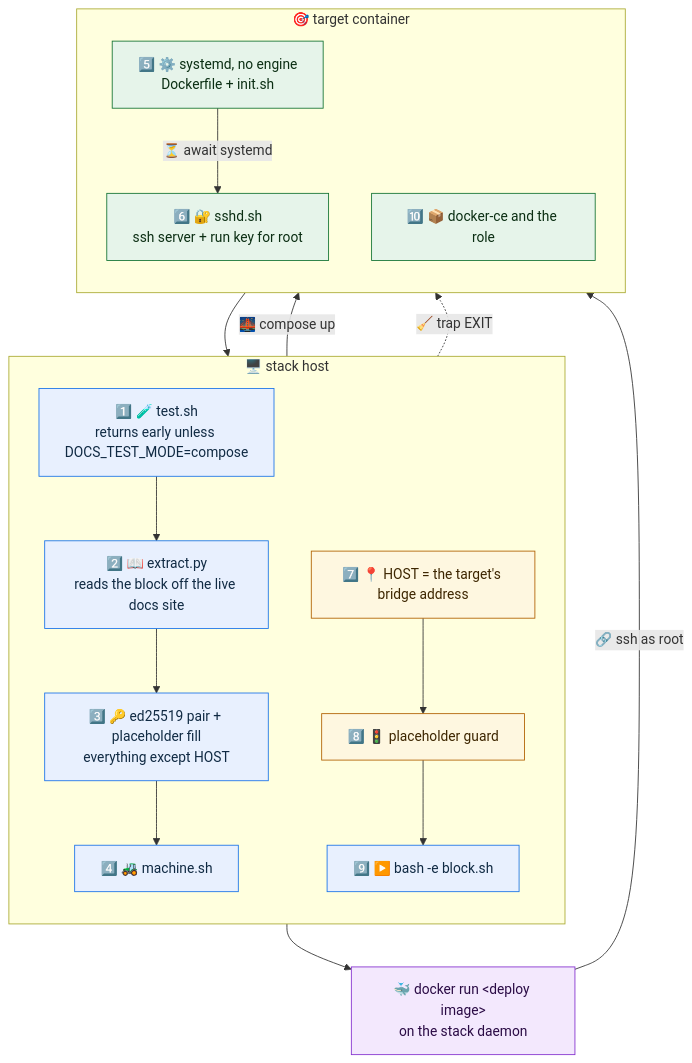
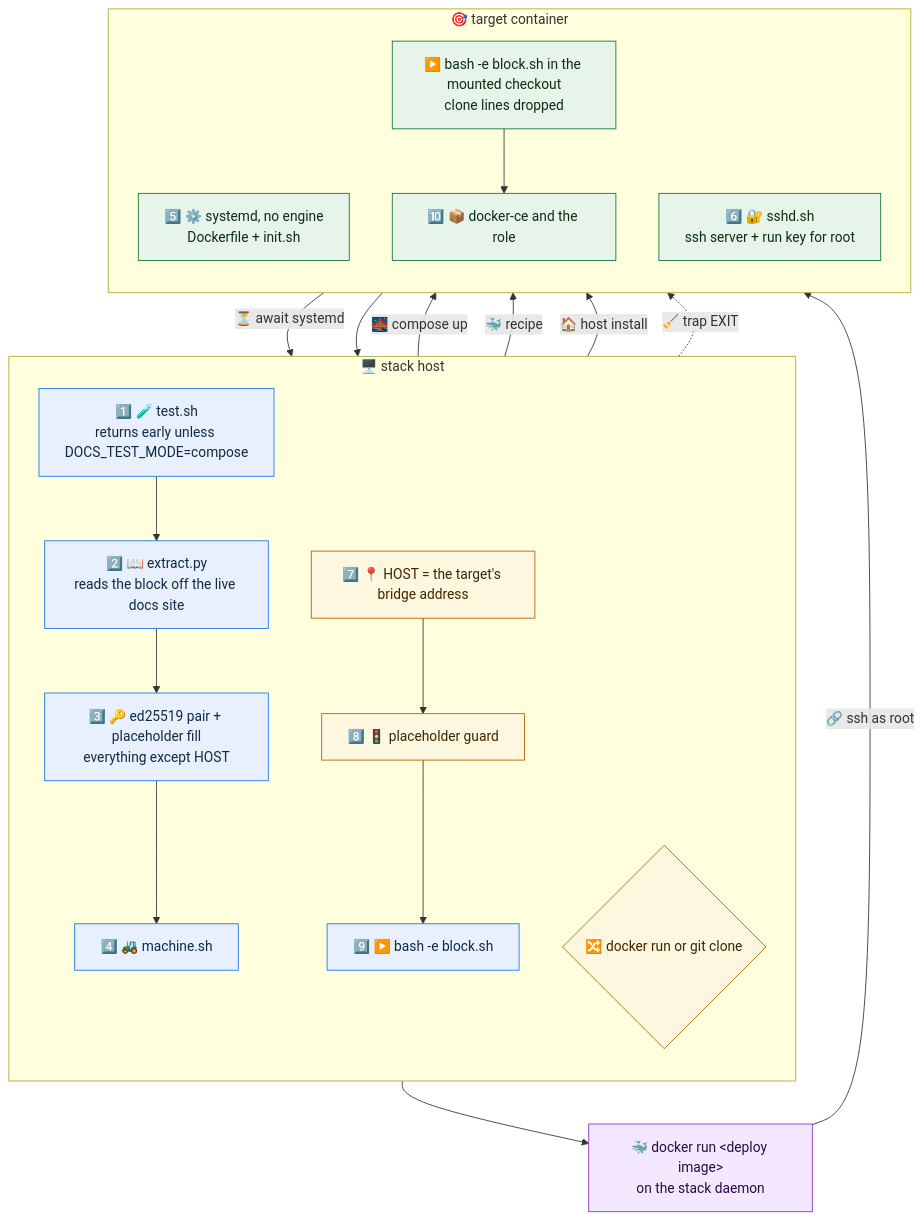
One commit to infinito-nexus/core changed the diagram in roles/web-app-docs/files/test/README.md. Above: the diagram before and after it, drawn with Mermaid. The commit also changed other lines of this file and 3 other files, not shown here.

First line of the commit message:
fix(web-app-docs): replay the host-install shape the generator also publishes

````diff
--- a/roles/web-app-docs/files/test/README.md
+++ b/roles/web-app-docs/files/test/README.md
@@ -17,39 +19,44 @@
 ```mermaid
 flowchart TD
     subgraph HOST["🖥️ stack host"]
         direction TB
         TEST["1️⃣ 🧪 test.sh<br>returns early unless DOCS_TEST_MODE=compose"]
         EXTRACT["2️⃣ 📖 extract.py<br>reads the block off the live docs site"]
         FILL["3️⃣ 🔑 ed25519 pair + placeholder fill<br>everything except HOST"]
         MACHINE["4️⃣ 🚜 machine.sh"]
+        SHAPE{"🔀 docker run or git clone"}
         ADDR["7️⃣ 📍 HOST = the target's bridge address"]
         GUARD["8️⃣ 🚦 placeholder guard"]
         BLOCK["9️⃣ ▶️ bash -e block.sh"]
     end
 
     subgraph TARGET["🎯 target container"]
         direction TB
         INIT["5️⃣ ⚙️ systemd, no engine<br>Dockerfile + init.sh"]
         SSHD["6️⃣ 🔐 sshd.sh<br>ssh server + run key for root"]
+        HOSTRUN["▶️ bash -e block.sh in the mounted checkout<br>clone lines dropped"]
         DEPLOYED["🔟 📦 docker-ce and the role"]
     end
 
     RECIPE["🐳 docker run &lt;deploy image&gt;<br>on the stack daemon"]
 
     TEST --> EXTRACT --> FILL --> MACHINE
     MACHINE -->|"🌉 compose up"| INIT
-    INIT -->|"⏳ await systemd"| SSHD
+    INIT -->|"⏳ await systemd"| SHAPE
+    SHAPE -->|"🐳 recipe"| SSHD
+    SHAPE -->|"🏠 host install"| HOSTRUN
     SSHD --> ADDR --> GUARD --> BLOCK
     BLOCK --> RECIPE
     RECIPE -->|"🔗 ssh as root"| DEPLOYED
+    HOSTRUN --> DEPLOYED
     MACHINE -.->|"🧹 trap EXIT"| TARGET
 
     classDef host fill:#e8f0fe,stroke:#1a73e8,color:#102a43;
     classDef target fill:#e6f4ea,stroke:#137333,color:#0b2e13;
     classDef pivot fill:#fef7e0,stroke:#b06000,color:#3d2600;
     classDef recipe fill:#f3e8fd,stroke:#8430ce,color:#2a0b45;
     class TEST,EXTRACT,FILL,MACHINE,BLOCK host;
-    class INIT,SSHD,DEPLOYED target;
-    class ADDR,GUARD pivot;
+    class INIT,SSHD,HOSTRUN,DEPLOYED target;
+    class SHAPE,ADDR,GUARD pivot;
     class RECIPE recipe;
 ```
````
